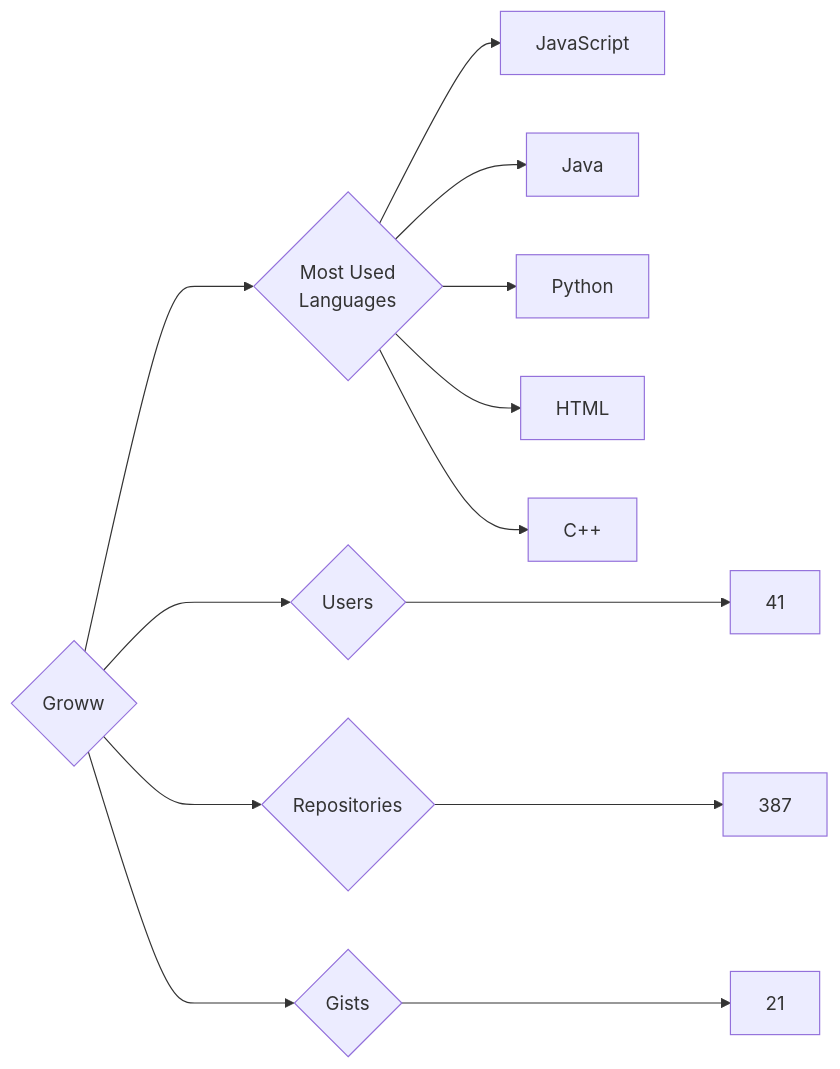
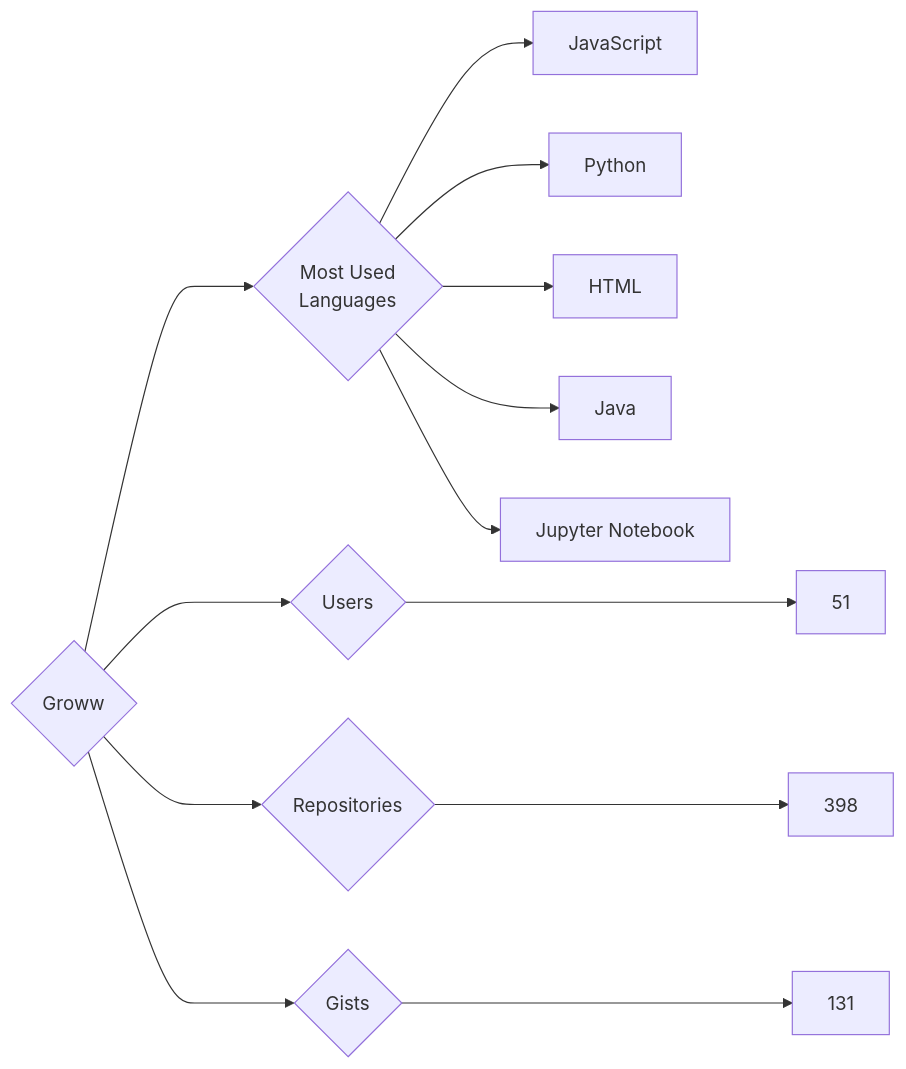
One commit to trickest/insiders changed the diagram in targets/Groww/README.md. Above: the diagram before and after it, drawn with Mermaid. The commit also changed 629 other files, not shown here.

````diff
--- a/targets/Groww/README.md
+++ b/targets/Groww/README.md
@@ -3,13 +3,13 @@
 ```mermaid
 graph LR
 COMPANY_NAME{Groww}
-COMPANY_NAME ---> U{Users} ---> UN[41]
-COMPANY_NAME ---> R{Repositories} ---> RN[387]
-COMPANY_NAME ---> G{Gists} ---> GN[21]
+COMPANY_NAME ---> U{Users} ---> UN[51]
+COMPANY_NAME ---> R{Repositories} ---> RN[398]
+COMPANY_NAME ---> G{Gists} ---> GN[131]
 COMPANY_NAME ---> ML{Most Used<br>Languages}
 ML --> JavaScript[JavaScript]
-ML --> Java[Java]
 ML --> Python[Python]
 ML --> HTML[HTML]
-ML --> C++[C++]
+ML --> Java[Java]
+ML --> Jupyter_Notebook[Jupyter Notebook]
 ```
````
